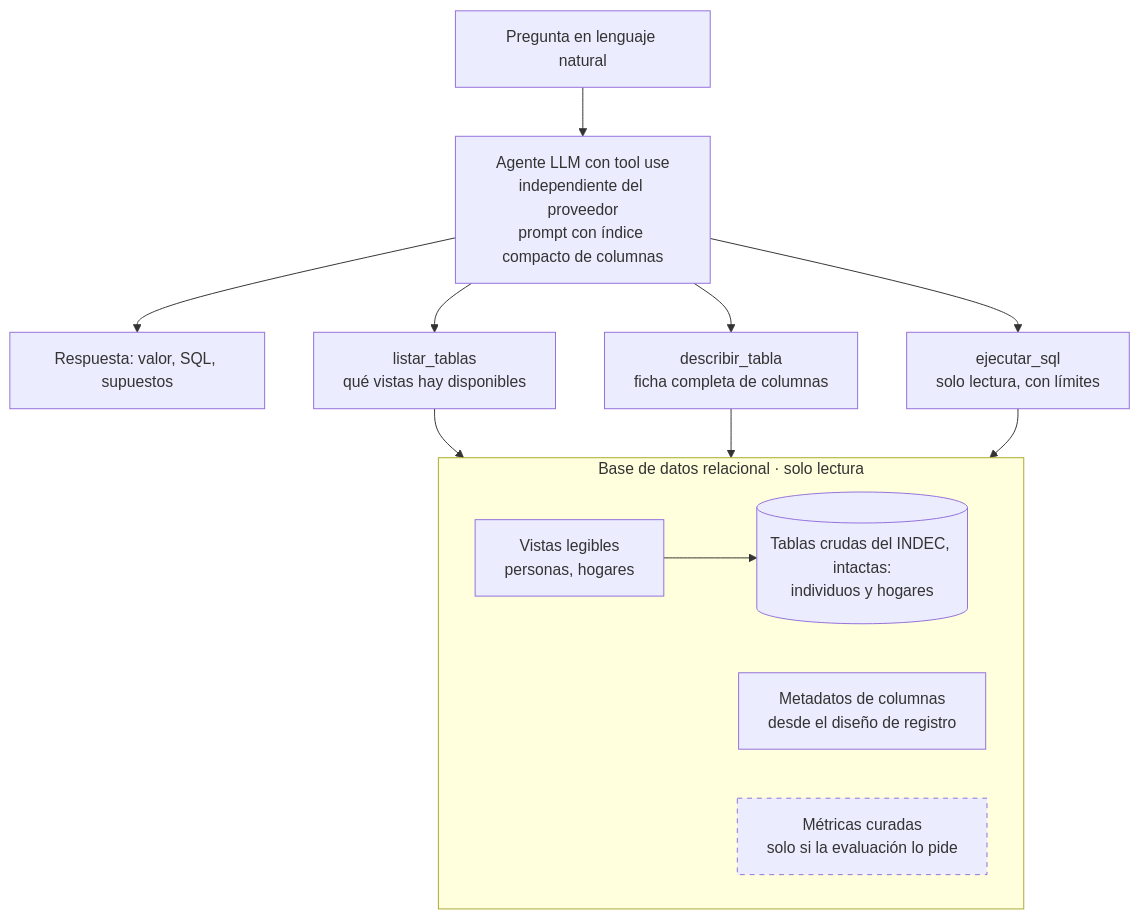
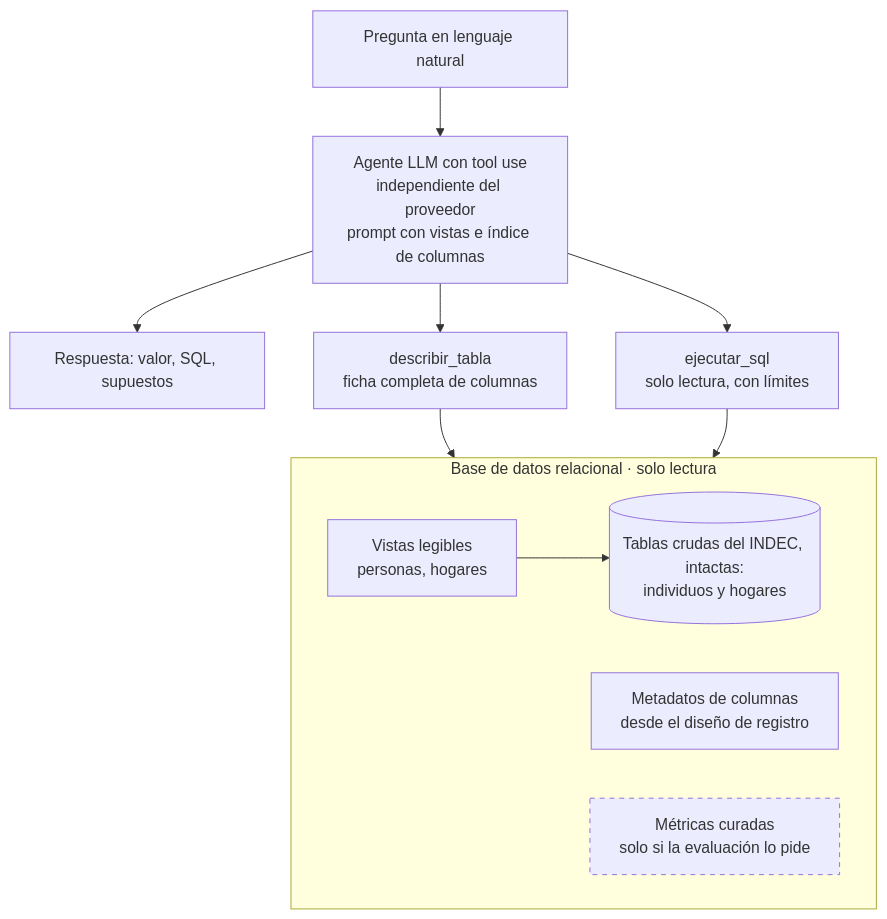
Before and after one commit to d-montenegro/eph-agente: the diagram in README.md, drawn with Mermaid. The commit also changed other lines of this file, not shown here.

First line of the commit message:
README: el agente usa dos herramientas; las vistas van en el prompt

````diff
--- a/README.md
+++ b/README.md
@@ -67,19 +62,17 @@
 ```mermaid
 flowchart TB
-    P[Pregunta en lenguaje natural] --> A["Agente LLM con tool use<br/>independiente del proveedor<br/>prompt con índice compacto de columnas"]
+    P[Pregunta en lenguaje natural] --> A["Agente LLM con tool use<br/>independiente del proveedor<br/>prompt con vistas e índice de columnas"]
     A --> R[Respuesta: valor, SQL, supuestos]
-    A --> T1[listar_tablas<br/>qué vistas hay disponibles]
     A --> T2[describir_tabla<br/>ficha completa de columnas]
     A --> T3[ejecutar_sql<br/>solo lectura, con límites]
     subgraph BD[Base de datos relacional · solo lectura]
         V[Vistas legibles<br/>personas, hogares]
         M[Metadatos de columnas<br/>desde el diseño de registro]
         C[Métricas curadas<br/>solo si la evaluación lo pide]
         RAW[(Tablas crudas del INDEC, intactas:<br/>individuos y hogares)]
     end
-    T1 --> BD
     T2 --> BD
     T3 --> BD
     V --> RAW
     style C stroke-dasharray: 5 5
 ```
````
